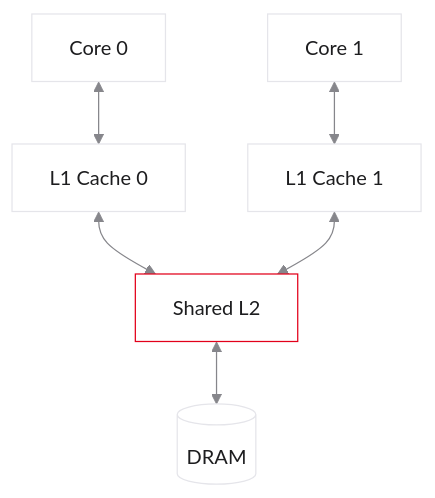
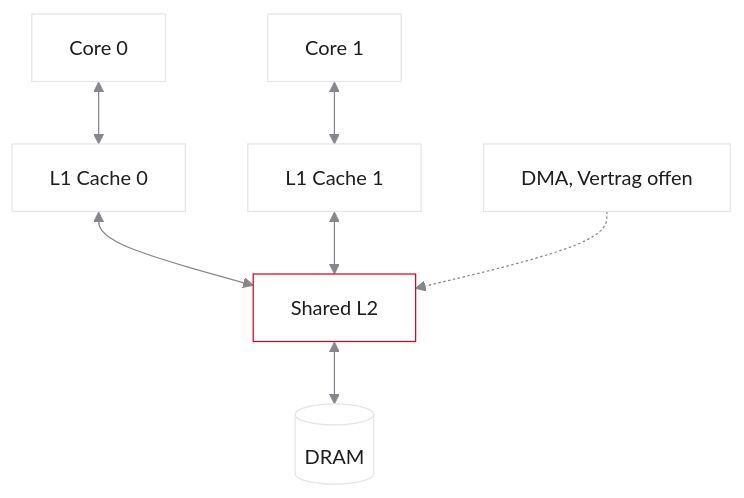
One commit to dantschi/mct3 changed the first of 2 diagrams in vorlesungen/09_paralleles_rechnen_multicore.qmd. Above: the diagram before and after it, drawn with Mermaid. The commit also changed other lines of this file and 28 other files, not shown here.

````diff
--- a/vorlesungen/09_paralleles_rechnen_multicore.qmd
+++ b/vorlesungen/09_paralleles_rechnen_multicore.qmd
@@ -95,11 +95,12 @@
 ```{mermaid}
 %%| fig-width: 3.6
 %%{init: {'theme': 'base', 'themeVariables': {'background': '#FFFFFF', 'primaryColor': '#FFFFFF', 'primaryBorderColor': '#E5E5EA', 'primaryTextColor': '#1D1D1F', 'lineColor': '#86868B', 'secondaryColor': '#F5F5F7', 'tertiaryColor': '#FFFFFF', 'mainBkg': '#FFFFFF', 'nodeBorder': '#E5E5EA', 'clusterBkg': '#F5F5F7', 'clusterBorder': '#E5E5EA', 'titleColor': '#1D1D1F', 'edgeLabelBackground': '#FFFFFF'}}}%%
 flowchart TD
   C0[Core 0] <--> L10[L1 Cache 0]
   C1[Core 1] <--> L11[L1 Cache 1]
   L10 <--> L2[Shared L2]
   L11 <--> L2
   L2 <--> RAM[(DRAM)]
+  DMA[DMA, Vertrag offen] -.-> L2
   style L2 fill:#FFFFFF,stroke:#E2001A,stroke-width:2px !important
 ```
````
